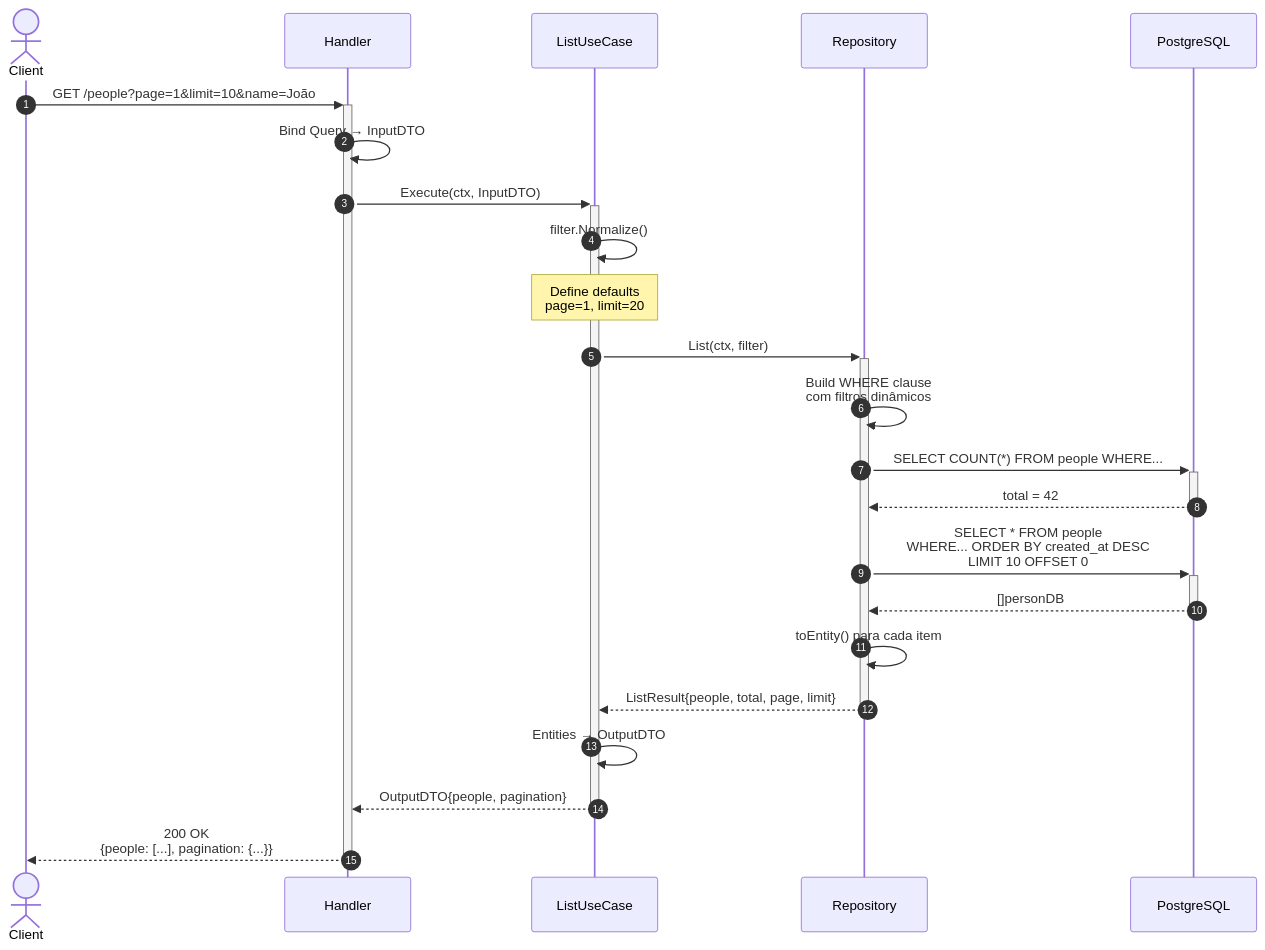
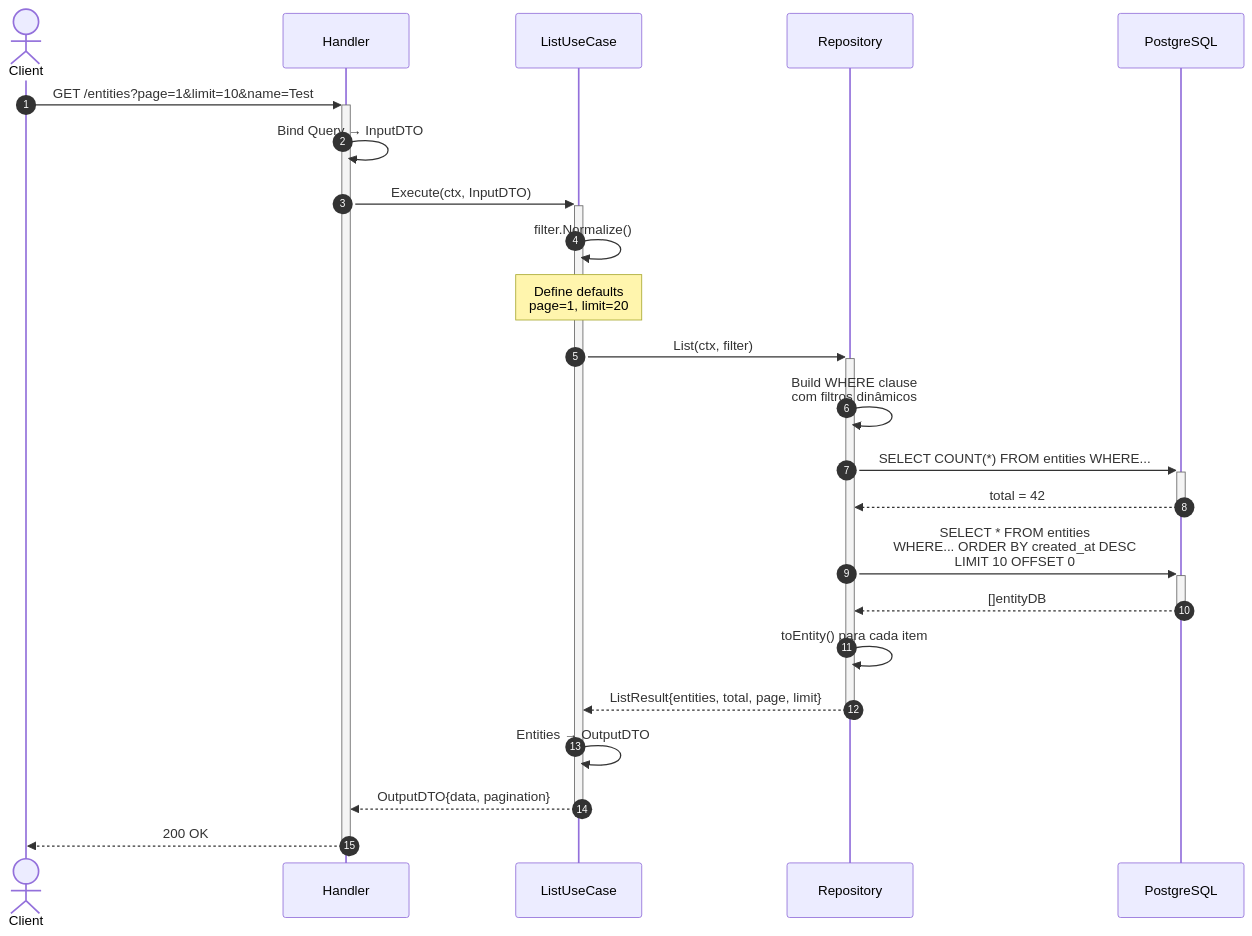
The fifth of 8 diagrams in docs/app/architecture.md (jrmarcello/gopherplate), drawn with Mermaid before and after one commit. The commit also changed other lines of this file, not shown here.

Commit message:
docs: update architecture diagram and description for entity domain

````diff
--- a/docs/app/architecture.md
+++ b/docs/app/architecture.md
@@ -246,35 +242,35 @@
 ```mermaid
 sequenceDiagram
     autonumber
     actor Client
     participant H as Handler
     participant UC as ListUseCase
     participant R as Repository
     participant DB as PostgreSQL
 
-    Client->>+H: GET /people?page=1&limit=10&name=João
-
+    Client->>+H: GET /entities?page=1&limit=10&name=Test
+    
     H->>H: Bind Query → InputDTO
     H->>+UC: Execute(ctx, InputDTO)
 
     UC->>UC: filter.Normalize()
     Note over UC: Define defaults<br/>page=1, limit=20
 
     UC->>+R: List(ctx, filter)
     
     R->>R: Build WHERE clause<br/>com filtros dinâmicos
     
-    R->>+DB: SELECT COUNT(*) FROM people WHERE...
+    R->>+DB: SELECT COUNT(*) FROM entities WHERE...
     DB-->>-R: total = 42
     
-    R->>+DB: SELECT * FROM people<br/>WHERE... ORDER BY created_at DESC<br/>LIMIT 10 OFFSET 0
-    DB-->>-R: []personDB
+    R->>+DB: SELECT * FROM entities<br/>WHERE... ORDER BY created_at DESC<br/>LIMIT 10 OFFSET 0
+    DB-->>-R: []entityDB
     
     R->>R: toEntity() para cada item
-    R-->>-UC: ListResult{people, total, page, limit}
+    R-->>-UC: ListResult{entities, total, page, limit}
 
     UC->>UC: Entities → OutputDTO
-    UC-->>-H: OutputDTO{people, pagination}
+    UC-->>-H: OutputDTO{data, pagination}
 
-    H-->>-Client: 200 OK<br/>{people: [...], pagination: {...}}
+    H-->>-Client: 200 OK
 ```
````
